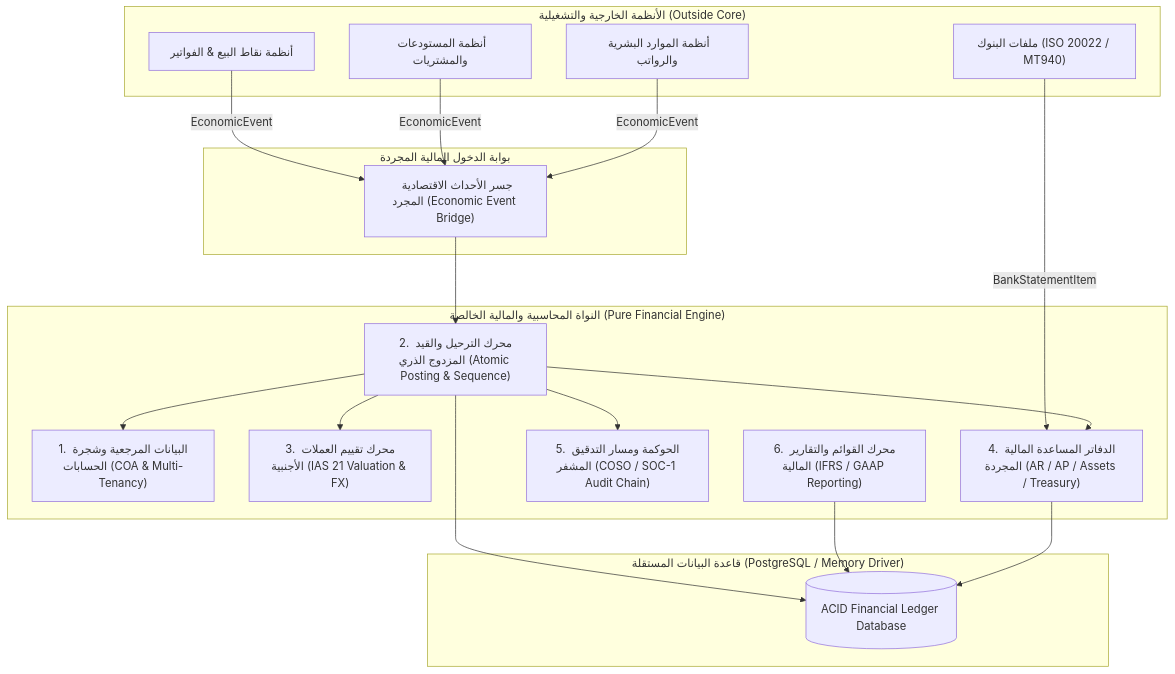
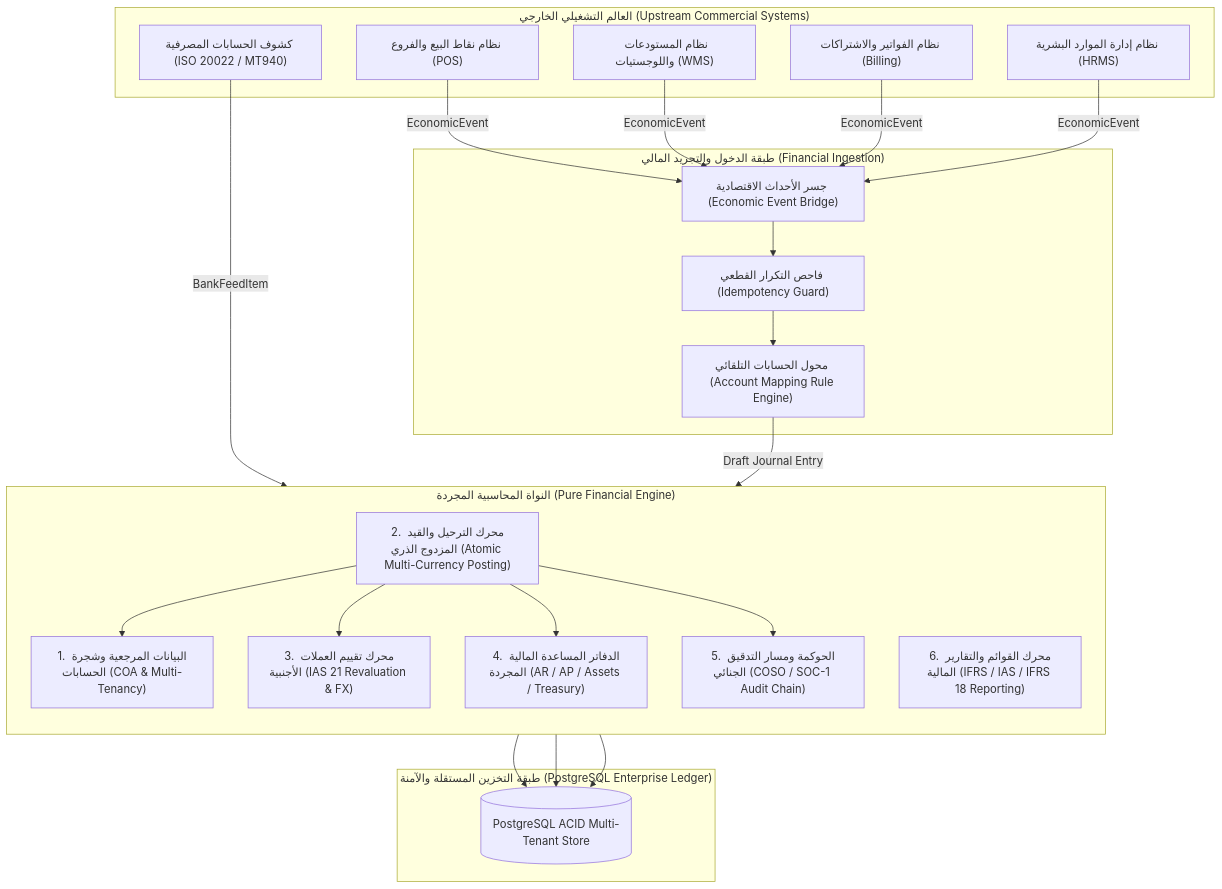
One commit to osmai4603-collab/accounting_engine changed the diagram in docs/pure_financial_accounting_engine_execution_plan.md. Above: the diagram before and after it, drawn with Mermaid. The commit also changed other lines of this file and 10 other files, not shown here.

Commit message:
fix: resolve multi-currency posting, sequence gap, postgres company_id, contra accounts sign, and IAS 36 impairment

````diff
--- a/docs/pure_financial_accounting_engine_execution_plan.md
+++ b/docs/pure_financial_accounting_engine_execution_plan.md
@@ -33,41 +63,49 @@
 ```mermaid
 flowchart TD
-    subgraph External ["الأنظمة الخارجية والتشغيلية (Outside Core)"]
-        POS["أنظمة نقاط البيع & الفواتير"]
-        ERP["أنظمة المستودعات والمشتريات"]
-        HR["أنظمة الموارد البشرية والرواتب"]
-        BankFeeds["ملفات البنوك (ISO 20022 / MT940)"]
+    subgraph Operational_Systems ["العالم التشغيلي الخارجي (Upstream Commercial Systems)"]
+        POS["نظام نقاط البيع والفروع (POS)"]
+        WMS["نظام المستودعات واللوجستيات (WMS)"]
+        Billing["نظام الفواتير والاشتراكات (Billing)"]
+        HRMS["نظام إدارة الموارد البشرية (HRMS)"]
+        Banking["كشوف الحسابات المصرفية (ISO 20022 / MT940)"]
     end
 
-    subgraph Ingestion ["بوابة الدخول المالية المجردة"]
-        EB["جسر الأحداث الاقتصادية المجرد (Economic Event Bridge)"]
+    subgraph Ingestion_Layer ["طبقة الدخول والتجريد المالي (Financial Ingestion)"]
+        EEB["جسر الأحداث الاقتصادية (Economic Event Bridge)"]
+        Idemp["فاحص التكرار القطعي (Idempotency Guard)"]
+        Mapper["محول الحسابات التلقائي (Account Mapping Rule Engine)"]
     end
 
-    subgraph PureCore ["النواة المحاسبية والمالية الخالصة (Pure Financial Engine)"]
+    subgraph Pure_Core ["النواة المحاسبية المجردة (Pure Financial Engine)"]
+        direction TB
         MD["1. البيانات المرجعية وشجرة الحسابات (COA & Multi-Tenancy)"]
-        PE["2. محرك الترحيل والقيد المزدوج الذري (Atomic Posting & Sequence)"]
-        VAL["3. محرك تقييم العملات الأجنبية (IAS 21 Valuation & FX)"]
-        SL["4. الدفاتر المساعدة المالية المجردة (AR / AP / Assets / Treasury)"]
-        GOV["5. الحوكمة ومسار التدقيق المشفر (COSO / SOC-1 Audit Chain)"]
-        REP["6. محرك القوائم والتقارير المالية (IFRS / GAAP Reporting)"]
+        POST["2. محرك الترحيل والقيد المزدوج الذري (Atomic Multi-Currency Posting)"]
+        VAL["3. محرك تقييم العملات الأجنبية (IAS 21 Revaluation & FX)"]
+        SUB["4. الدفاتر المساعدة المالية المجردة (AR / AP / Assets / Treasury)"]
+        GOV["5. الحوكمة ومسار التدقيق الجنائي (COSO / SOC-1 Audit Chain)"]
+        REP["6. محرك القوائم والتقارير المالية (IFRS / IAS / IFRS 18 Reporting)"]
     end
 
-    subgraph StorageLayer ["قاعدة البيانات المستقلة (PostgreSQL / Memory Driver)"]
-        DB[(ACID Financial Ledger Database)]
+    subgraph Storage_Layer ["طبقة التخزين المستقلة والآمنة (PostgreSQL Enterprise Ledger)"]
+        DB[(PostgreSQL ACID Multi-Tenant Store)]
     end
 
-    POS -->|EconomicEvent| EB
-    ERP -->|EconomicEvent| EB
-    HR -->|EconomicEvent| EB
-    BankFeeds -->|BankStatementItem| SL
+    POS -->|EconomicEvent| EEB
+    WMS -->|EconomicEvent| EEB
+    Billing -->|EconomicEvent| EEB
+    HRMS -->|EconomicEvent| EEB
+    Banking -->|BankFeedItem| SUB
 
-    EB --> PE
-    PE --> MD
-    PE --> VAL
-    PE --> SL
-    PE --> GOV
-    PE --> DB
+    EEB --> Idemp
+    Idemp --> Mapper
+    Mapper -->|Draft Journal Entry| POST
+
+    POST --> MD
+    POST --> VAL
+    POST --> SUB
+    POST --> GOV
+    POST --> DB
 
     REP --> DB
-    SL --> DB
+    SUB --> DB
 ```
````
